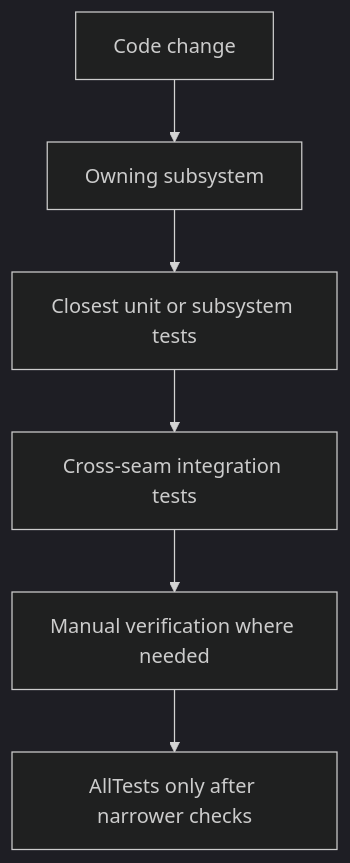
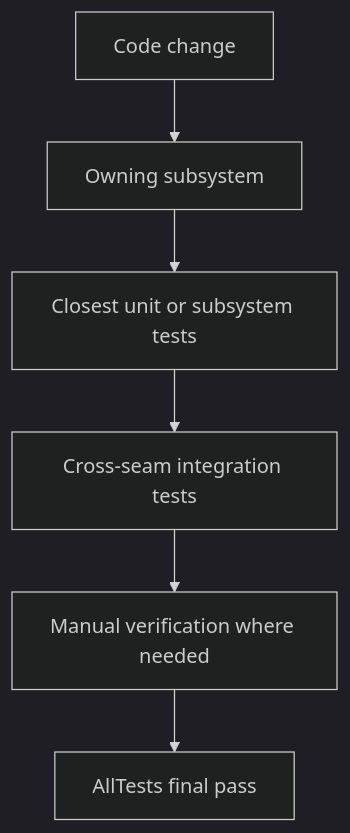
Before and after one commit to jvalinsky/garazyk: the diagram in docs/11-reference/test-selection-workflow.md, drawn with Mermaid (dark theme). The commit also changed other lines of this file and 117 other files, not shown here.

````diff
--- a/docs/11-reference/test-selection-workflow.md
+++ b/docs/11-reference/test-selection-workflow.md
@@ -13,15 +7,15 @@
 ```mermaid
 flowchart TD
     Change["Code change"]
     Scope["Owning subsystem"]
     Unit["Closest unit or subsystem tests"]
     Integration["Cross-seam integration tests"]
     Manual["Manual verification where needed"]
-    Full["AllTests only after narrower checks"]
+    Full["AllTests final pass"]
 
     Change --> Scope
     Scope --> Unit
     Unit --> Integration
     Integration --> Manual
     Manual --> Full
 ```
````
